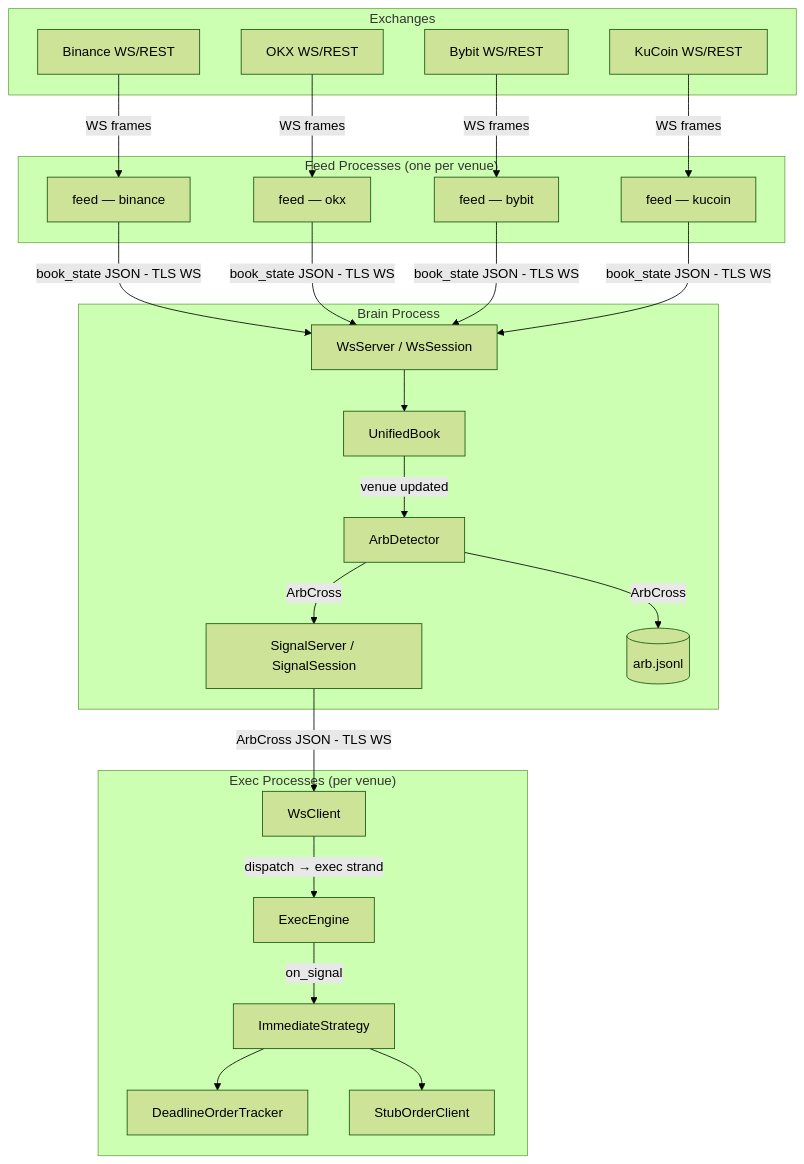
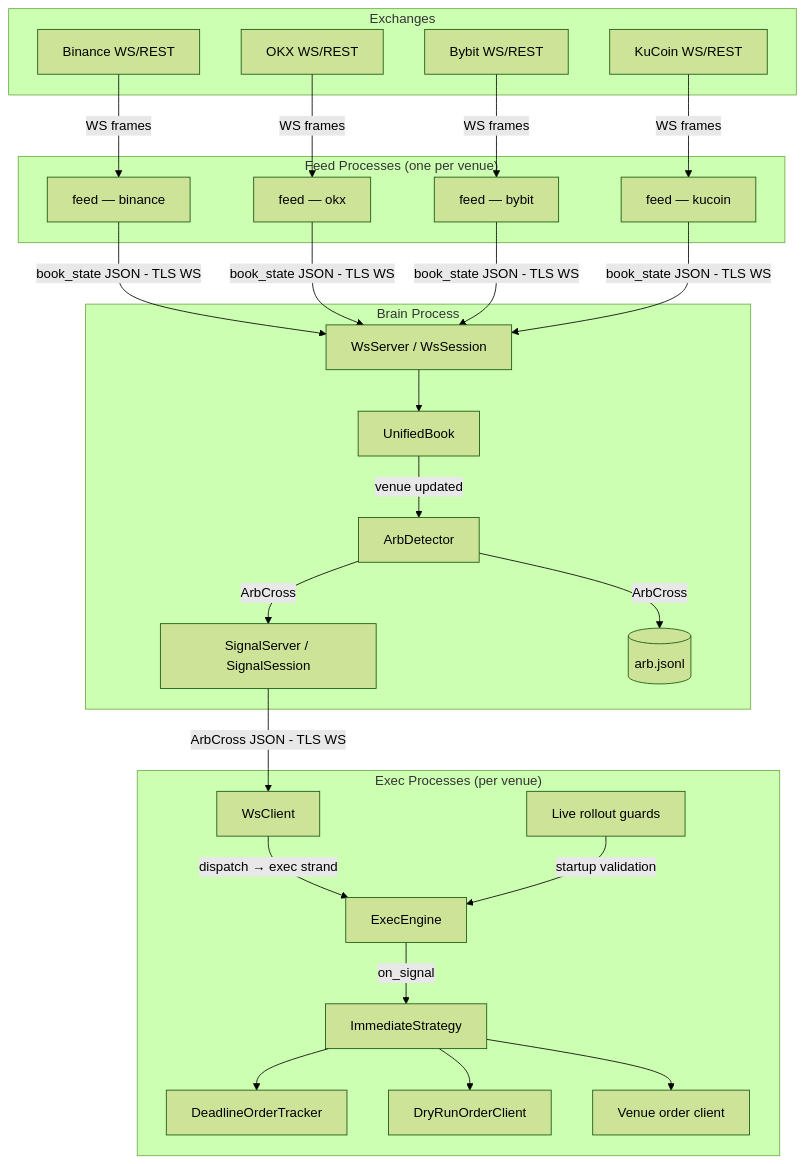
One commit to fkonrad97/zidaBot changed the first of 6 diagrams in docs/DIAGRAMS.md. Above: the diagram before and after it, drawn with Mermaid (forest theme). The commit also changed other lines of this file and 25 other files, not shown here.

````diff
--- a/docs/DIAGRAMS.md
+++ b/docs/DIAGRAMS.md
@@ -11,53 +11,57 @@
 ```mermaid
 graph TB
     subgraph Exchanges
         EX1[Binance WS/REST]
         EX2[OKX WS/REST]
         EX3[Bybit WS/REST]
         EX4[KuCoin WS/REST]
     end
 
     subgraph Feed Processes ["Feed Processes  (one per venue)"]
         F1[feed — binance]
         F2[feed — okx]
         F3[feed — bybit]
         F4[feed — kucoin]
     end
 
     subgraph Brain ["Brain Process"]
         WS[WsServer / WsSession]
         UB[UnifiedBook]
         AD[ArbDetector]
         SS[SignalServer / SignalSession]
         JSONL[(arb.jsonl)]
     end
 
     subgraph Exec ["Exec Processes (per venue)"]
         WC[WsClient]
         EE[ExecEngine]
         IS[ImmediateStrategy]
         OT[DeadlineOrderTracker]
-        OC[StubOrderClient]
+        DC[DryRunOrderClient]
+        LG[Live rollout guards]
+        OC[Venue order client]
     end
 
     EX1 -->|WS frames| F1
     EX2 -->|WS frames| F2
     EX3 -->|WS frames| F3
     EX4 -->|WS frames| F4
 
     F1 -->|book_state JSON - TLS WS| WS
     F2 -->|book_state JSON - TLS WS| WS
     F3 -->|book_state JSON - TLS WS| WS
     F4 -->|book_state JSON - TLS WS| WS
 
     WS --> UB
     UB -->|venue updated| AD
     AD -->|ArbCross| SS
     AD -->|ArbCross| JSONL
 
     SS -->|ArbCross JSON - TLS WS| WC
     WC -->|dispatch → exec strand| EE
+    LG -->|startup validation| EE
     EE -->|on_signal| IS
     IS --> OT
+    IS --> DC
     IS --> OC
 ```
````
